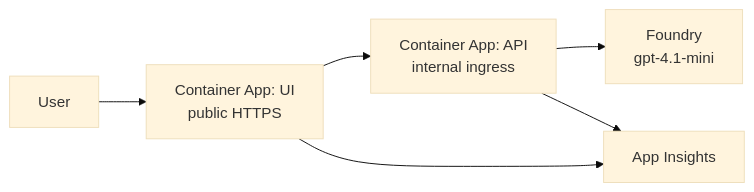
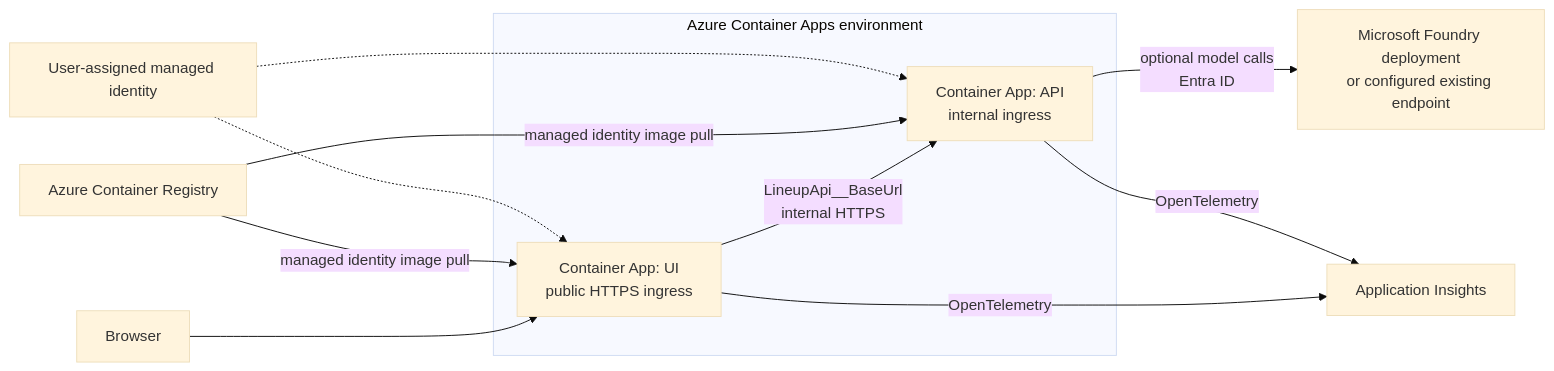
Before and after one commit to ewyuen/lineup-oracle: the third of 3 diagrams in ARCHITECTURE.md, drawn with Mermaid (base theme). The commit also changed other lines of this file and 5 other files, not shown here.

Commit message:
Refresh architecture docs for current system

````diff
--- a/ARCHITECTURE.md
+++ b/ARCHITECTURE.md
@@ -41,7 +57,14 @@
 ```mermaid
 flowchart LR
-    U[User] --> UIc["Container App: UI<br/>public HTTPS"]
-    UIc --> APIc["Container App: API<br/>internal ingress"]
-    APIc --> F["Foundry<br/>gpt-4.1-mini"]
-    UIc & APIc --> AI[App Insights]
+    User["Browser"] --> UIc["Container App: UI<br/>public HTTPS ingress"]
+    subgraph Env["Azure Container Apps environment"]
+        UIc -->|LineupApi__BaseUrl<br/>internal HTTPS| APIc["Container App: API<br/>internal ingress"]
+    end
+    ACR["Azure Container Registry"] -->|managed identity image pull| UIc
+    ACR -->|managed identity image pull| APIc
+    Identity["User-assigned managed identity"] -.-> UIc
+    Identity -.-> APIc
+    APIc -->|optional model calls<br/>Entra ID| Model["Microsoft Foundry deployment<br/>or configured existing endpoint"]
+    UIc -->|OpenTelemetry| AI["Application Insights"]
+    APIc -->|OpenTelemetry| AI
 ```
````
